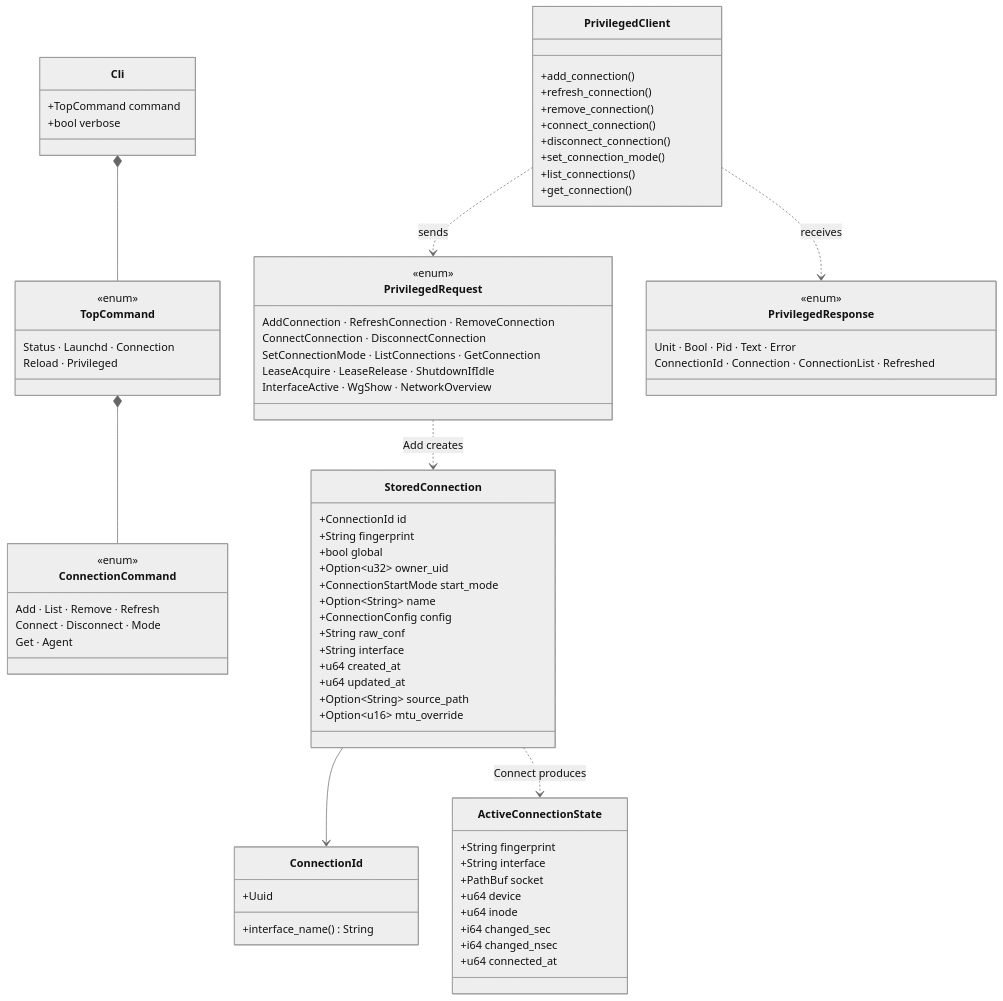
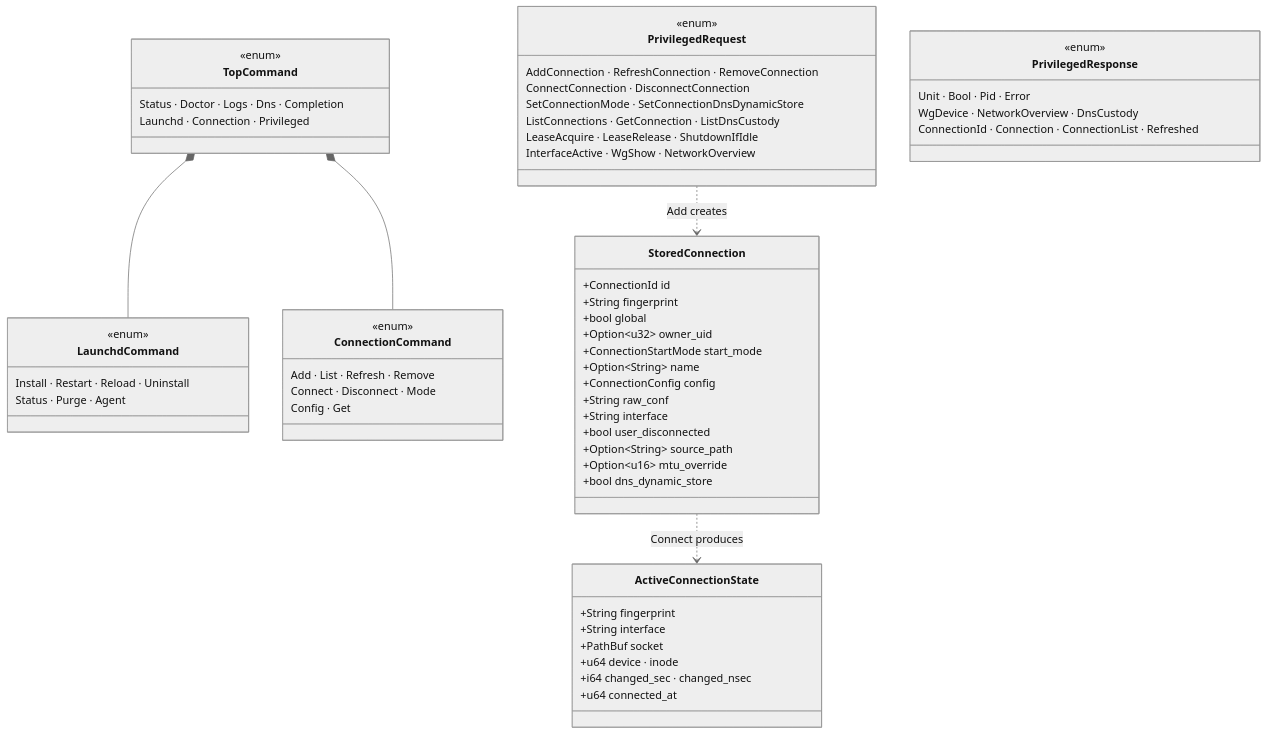
One commit to pansen/macos-wireguard-daemon changed the second of 11 diagrams in doc/architecture.md. Above: the diagram before and after it, drawn with Mermaid (neutral theme). The commit also changed other lines of this file and 4 other files, not shown here.

````diff
--- a/doc/architecture.md
+++ b/doc/architecture.md
@@ -63,78 +63,62 @@
 ```mermaid
 classDiagram
-    class Cli {
-        +TopCommand command
-        +bool verbose
-    }
     class TopCommand {
         <<enum>>
-        Status · Launchd · Connection
-        Reload · Privileged
+        Status · Doctor · Logs · Dns · Completion
+        Launchd · Connection · Privileged
+    }
+    class LaunchdCommand {
+        <<enum>>
+        Install · Restart · Reload · Uninstall
+        Status · Purge · Agent
     }
     class ConnectionCommand {
         <<enum>>
-        Add · List · Remove · Refresh
+        Add · List · Refresh · Remove
         Connect · Disconnect · Mode
-        Get · Agent
-    }
-    class ConnectionId {
-        +Uuid
-        +interface_name() String
+        Config · Get
     }
     class StoredConnection {
         +ConnectionId id
         +String fingerprint
         +bool global
         +Option~u32~ owner_uid
         +ConnectionStartMode start_mode
         +Option~String~ name
         +ConnectionConfig config
         +String raw_conf
         +String interface
-        +u64 created_at
-        +u64 updated_at
+        +bool user_disconnected
         +Option~String~ source_path
         +Option~u16~ mtu_override
+        +bool dns_dynamic_store
     }
     class ActiveConnectionState {
         +String fingerprint
         +String interface
         +PathBuf socket
-        +u64 device
-        +u64 inode
-        +i64 changed_sec
-        +i64 changed_nsec
+        +u64 device · inode
+        +i64 changed_sec · changed_nsec
         +u64 connected_at
-    }
-    class PrivilegedClient {
-        +add_connection()
-        +refresh_connection()
-        +remove_connection()
-        +connect_connection()
-        +disconnect_connection()
-        +set_connection_mode()
-        +list_connections()
-        +get_connection()
     }
     class PrivilegedRequest {
         <<enum>>
         AddConnection · RefreshConnection · RemoveConnection
         ConnectConnection · DisconnectConnection
-        SetConnectionMode · ListConnections · GetConnection
+        SetConnectionMode · SetConnectionDnsDynamicStore
+        ListConnections · GetConnection · ListDnsCustody
         LeaseAcquire · LeaseRelease · ShutdownIfIdle
         InterfaceActive · WgShow · NetworkOverview
     }
     class PrivilegedResponse {
         <<enum>>
-        Unit · Bool · Pid · Text · Error
+        Unit · Bool · Pid · Error
+        WgDevice · NetworkOverview · DnsCustody
         ConnectionId · Connection · ConnectionList · Refreshed
     }
 
-    Cli *-- TopCommand
+    TopCommand *-- LaunchdCommand
     TopCommand *-- ConnectionCommand
-    StoredConnection --> ConnectionId
-    PrivilegedClient ..> PrivilegedRequest : sends
-    PrivilegedClient ..> PrivilegedResponse : receives
     PrivilegedRequest ..> StoredConnection : Add creates
     StoredConnection ..> ActiveConnectionState : Connect produces
 ```
````
